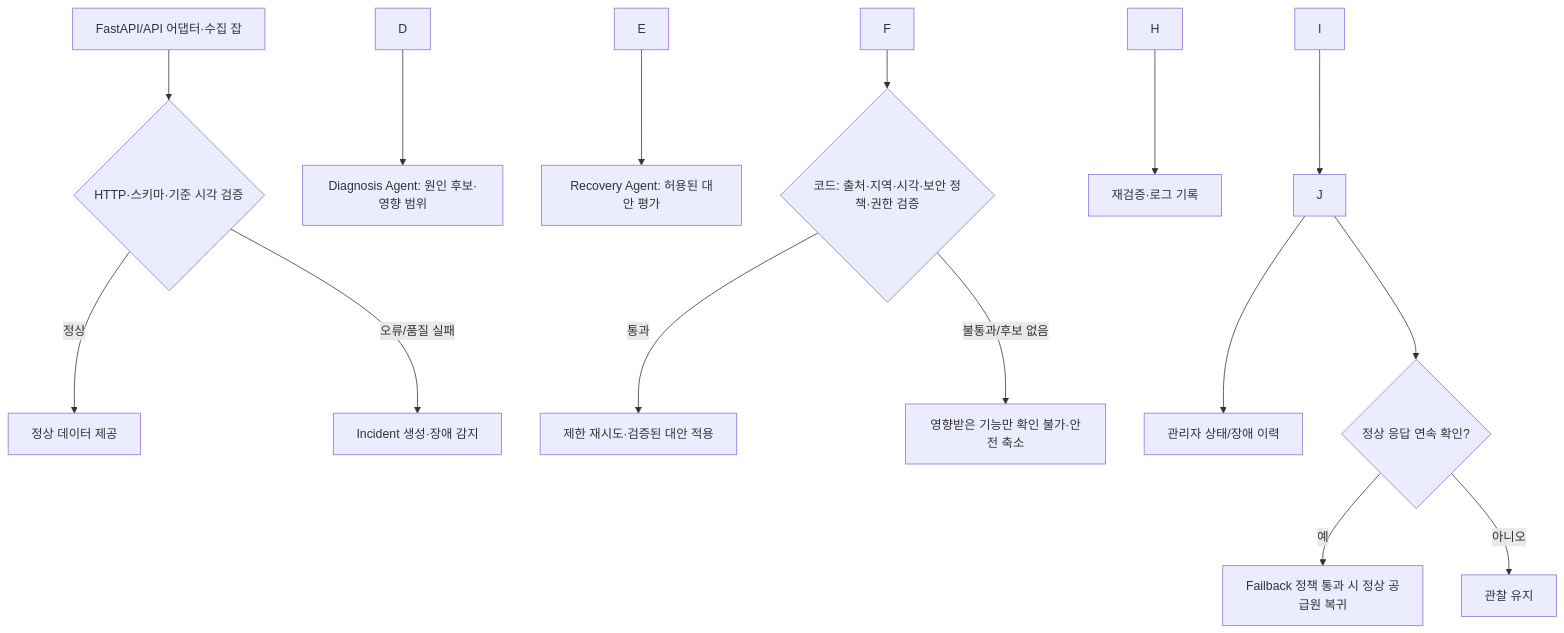
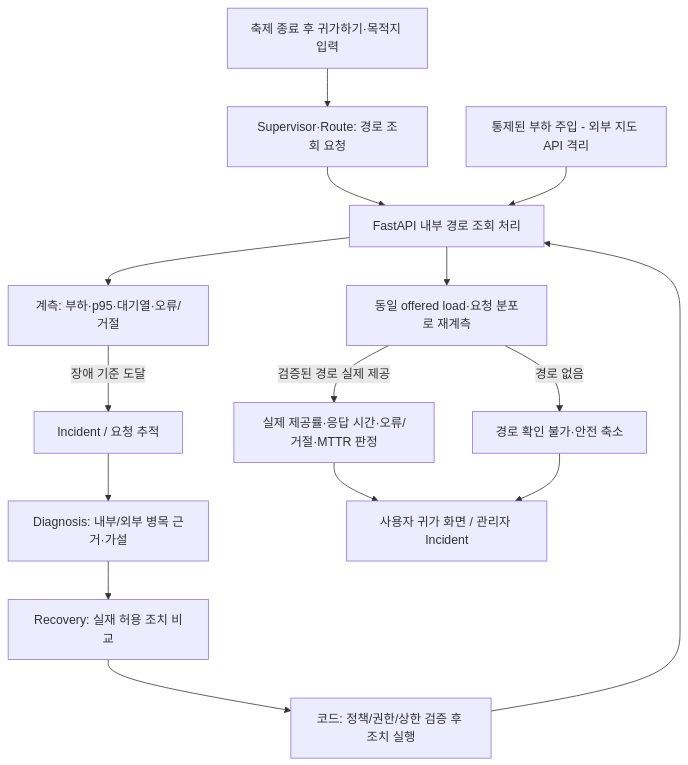
One commit to yubeenjjang/Final3team changed the fourth of 4 diagrams in Docs/Step 1/놀다가_기획서.md. Above: the diagram before and after it, drawn with Mermaid. The commit also changed other lines of this file and 1 other file, not shown here.

````diff
--- a/Docs/Step 1/놀다가_기획서.md
+++ b/Docs/Step 1/놀다가_기획서.md
@@ -754,17 +1200,17 @@
 ```mermaid
 flowchart TD
-  A\[FastAPI/API 어댑터·수집 잡] --> B{HTTP·스키마·기준 시각 검증}
-  B -->|정상| C\[정상 데이터 제공]
-  B -->|오류/품질 실패| D\[Incident 생성·장애 감지]
-  D --> E\[Diagnosis Agent: 원인 후보·영향 범위]
-  E --> F\[Recovery Agent: 허용된 대안 평가]
-  F --> G{코드: 출처·지역·시각·보안 정책·권한 검증}
-  G -->|통과| H\[제한 재시도·검증된 대안 적용]
-  G -->|불통과/후보 없음| I\[영향받은 기능만 확인 불가·안전 축소]
-  H --> J\[재검증·로그 기록]
-  I --> J
-  J --> K\[관리자 상태/장애 이력]
-  J --> L{정상 응답 연속 확인?}
-  L -->|예| M\[Failback 정책 통과 시 정상 공급원 복귀]
-  L -->|아니오| N\[관찰 유지]
+  A[축제 종료 후 귀가하기·목적지 입력] --> B[Supervisor·Route: 경로 조회 요청]
+  B --> C[FastAPI 내부 경로 조회 처리]
+  T[통제된 부하 주입 - 외부 지도 API 격리] --> C
+  C --> M[계측: 부하·p95·대기열·오류/거절]
+  M -->|장애 기준 도달| I[Incident / 요청 추적]
+  I --> D[Diagnosis: 내부/외부 병목 근거·가설]
+  D --> R[Recovery: 실재 허용 조치 비교]
+  R --> P[코드: 정책/권한/상한 검증 후 조치 실행]
+  P --> C
+  C --> V[동일 offered load·요청 분포로 재계측]
+  V -->|검증된 경로 실제 제공| OK[실제 제공률·응답 시간·오류/거절·MTTR 판정]
+  V -->|경로 없음| DEG[경로 확인 불가·안전 축소]
+  OK --> UI[사용자 귀가 화면 / 관리자 Incident]
+  DEG --> UI
 ```
````
